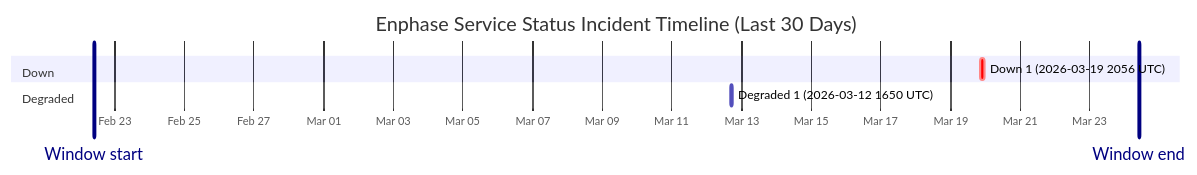
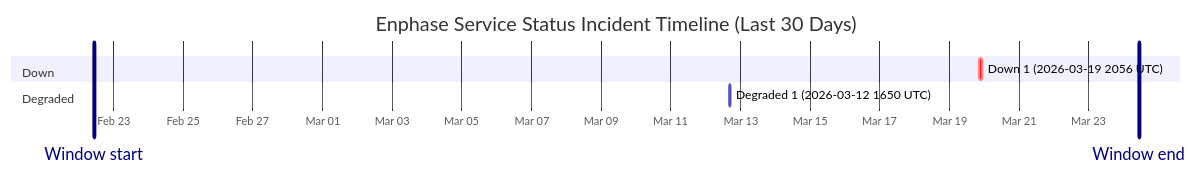
The diagram in wiki/Service-Status-History.md (barneyonline/ha-enphase-ev-charger), drawn with Mermaid before and after one commit. The commit also changed other lines of this file and 3 other files, not shown here.

````diff
--- a/wiki/Service-Status-History.md
+++ b/wiki/Service-Status-History.md
@@ -14,12 +14,12 @@
 ```mermaid
 gantt
     title Enphase Service Status Incident Timeline (Last 30 Days)
     dateFormat  YYYY-MM-DDTHH:mm:ss
     axisFormat  %b %d
-    Window start :vert, window-start, 2026-02-22T09:45:30, 0ms
-    Window end :vert, window-end, 2026-03-24T09:45:30, 0ms
+    Window start :vert, window-start, 2026-02-22T10:41:31, 0ms
+    Window end :vert, window-end, 2026-03-24T10:41:31, 0ms
     section Down
     Down 1 (2026-03-19 2056 UTC) :crit, down-1, 2026-03-19T20:56:20, 145m
     section Degraded
     Degraded 1 (2026-03-12 1650 UTC) :active, degraded-1, 2026-03-12T16:50:43, 60m
 ```
````
